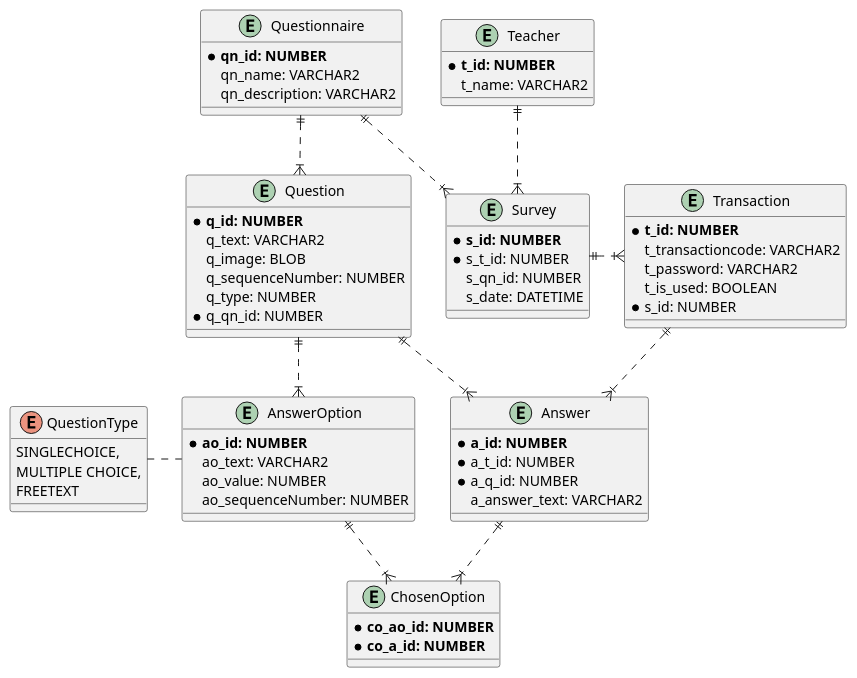
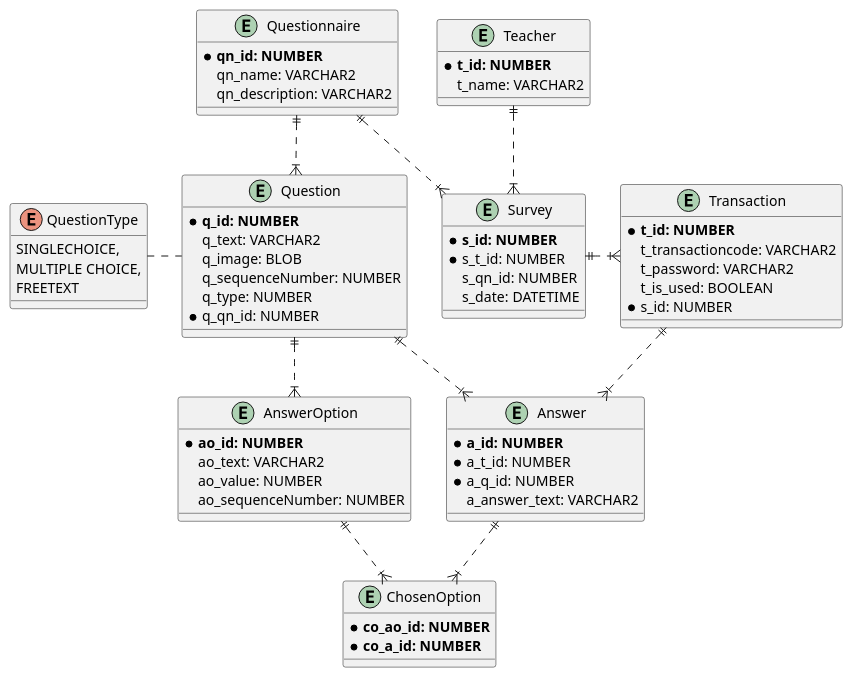
The diagram in asciidocs/Datenmodell.puml (htl-leonding-project/questionz), drawn with PlantUML before and after one commit. The commit also changed 1 other file, not shown here.

Commit message:
#3 fixed mistake in ERD

```diff
--- a/asciidocs/Datenmodell.puml
+++ b/asciidocs/Datenmodell.puml
@@ -1,74 +1,74 @@
 @startuml
 
 entity Answer{
     * **a_id: NUMBER**
     * a_t_id: NUMBER
     * a_q_id: NUMBER
     a_answer_text: VARCHAR2
 }
 
 entity AnswerOption{
     * **ao_id: NUMBER**
     ao_text: VARCHAR2
     ao_value: NUMBER
     ao_sequenceNumber: NUMBER
 }
 
 entity Question{
     * **q_id: NUMBER**
     q_text: VARCHAR2
     q_image: BLOB
     q_sequenceNumber: NUMBER
     q_type: NUMBER
     * q_qn_id: NUMBER
 }
 
 enum QuestionType{
 SINGLECHOICE,
 MULTIPLE CHOICE,
 FREETEXT
 }
 
 entity Questionnaire{
      * **qn_id: NUMBER**
      qn_name: VARCHAR2
      qn_description: VARCHAR2
 }
 
 entity Transaction{
      * **t_id: NUMBER**
      t_transactioncode: VARCHAR2
      t_password: VARCHAR2
      t_is_used: BOOLEAN
      * s_id: NUMBER
 }
 
 entity Survey{
      * **s_id: NUMBER**
      * s_t_id: NUMBER
      s_qn_id: NUMBER
      s_date: DATETIME
 }
 
 entity ChosenOption {
     *  **co_ao_id: NUMBER**
     * **co_a_id: NUMBER**
 }
 
 entity Teacher {
     * **t_id: NUMBER**
     t_name: VARCHAR2
 }
 
 Teacher ||.down.|{ Survey
 Questionnaire ||.down.|{  Survey
 Questionnaire ||.down.|{ Question
 Question ||.right.|{ Answer
 Question ||.down.|{ AnswerOption
 Survey  ||.right.|{  Transaction
 Transaction ||..|{ Answer
 Answer ||..|{ ChosenOption
 AnswerOption ||..|{ ChosenOption
-AnswerOption .left. QuestionType
+Question .left. QuestionType
 
 @enduml
```
